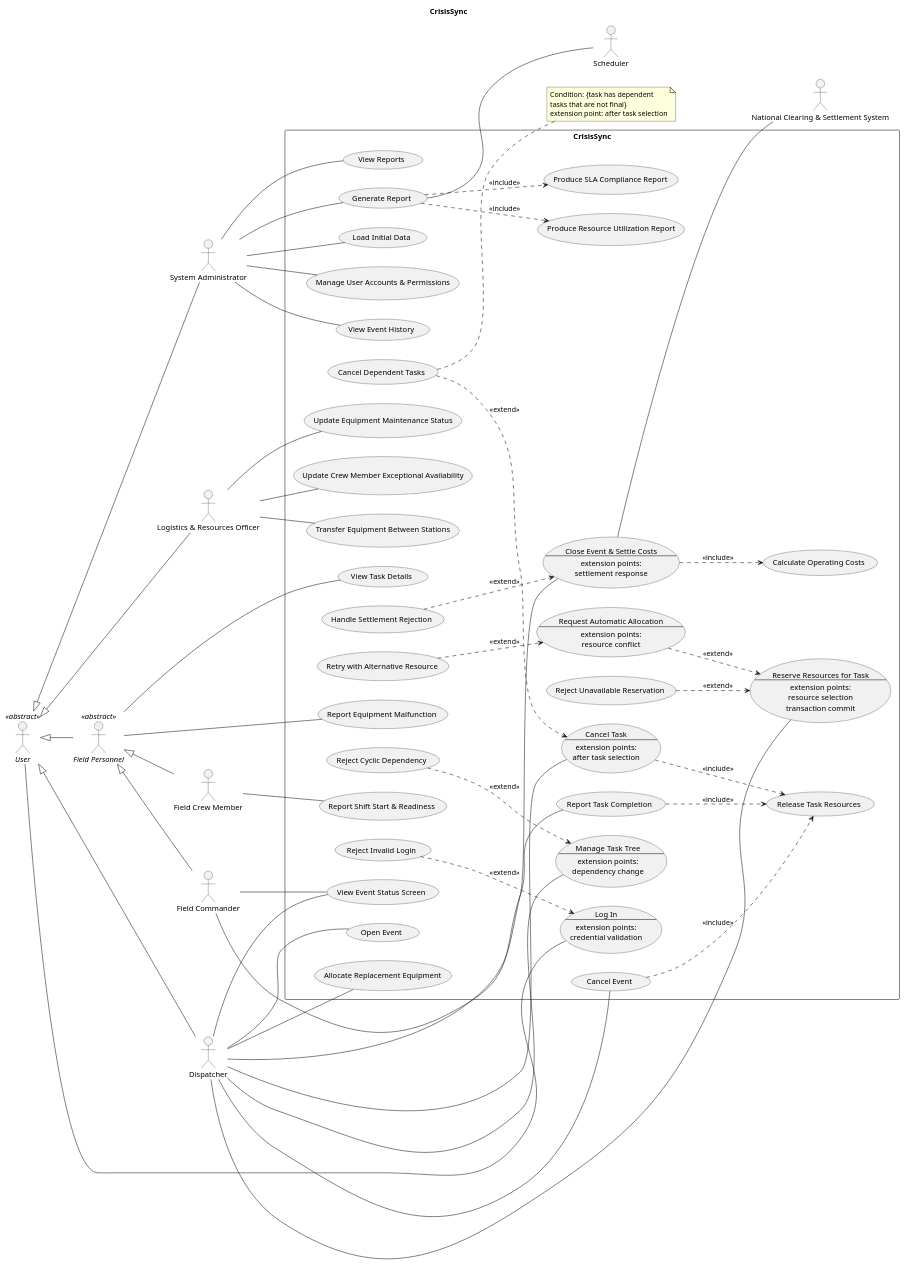
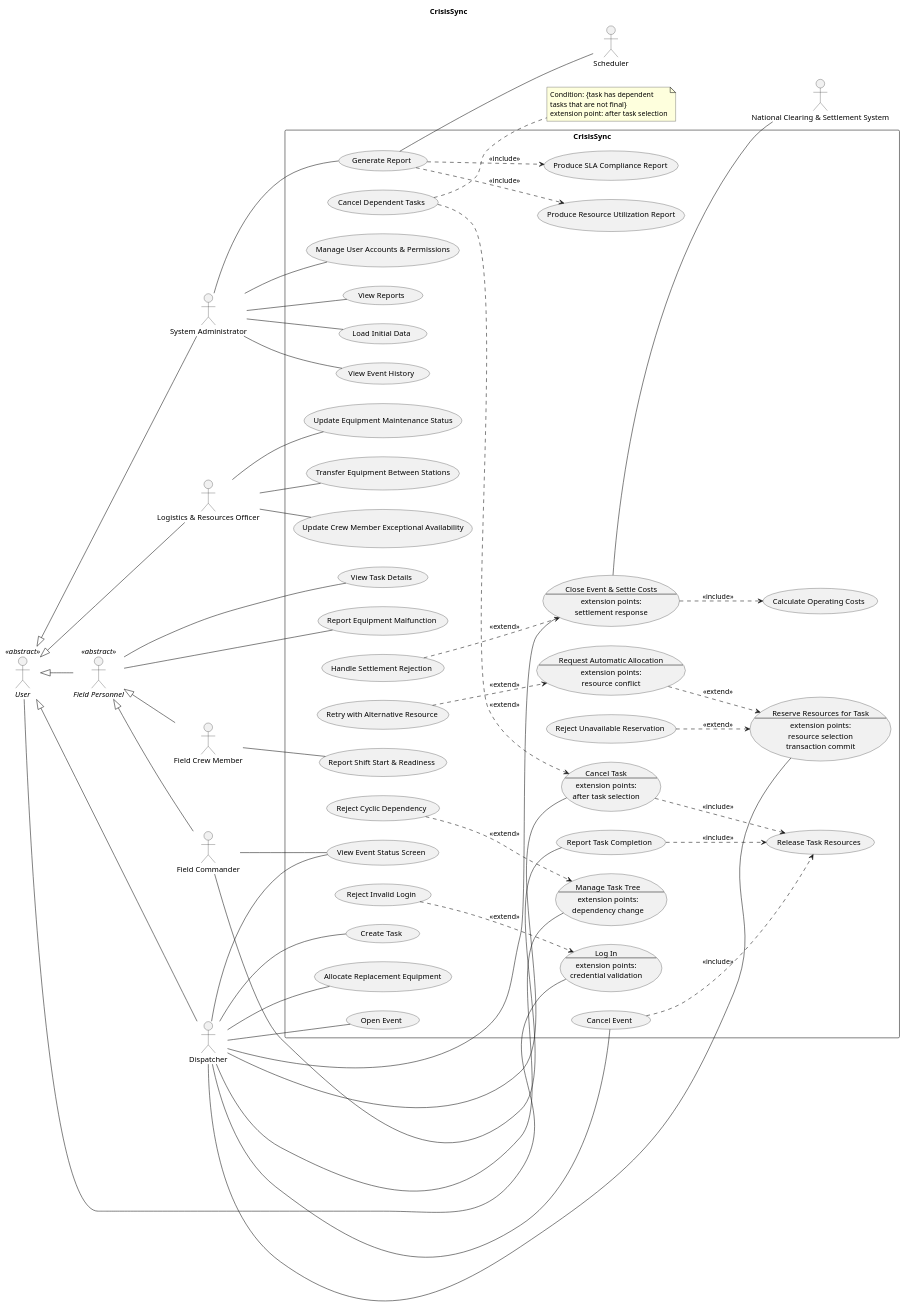
Before and after one commit to Zer0Hiro/CrysisSync: the diagram in UseCase/useCase.puml, drawn with PlantUML. The commit also changed 3 other files, not shown here.

Commit message:
Added colors to US diagram

```diff
--- a/UseCase/useCase.puml
+++ b/UseCase/useCase.puml
@@ -1,150 +1,152 @@
 @startuml
 'skinparam actorStyle awesome
 left to right direction
 title CrisisSync
 
 ' ===== Actors =====
 actor "//User//" as USER <<abstract>>
 actor "System Administrator" as SA
 actor "Logistics & Resources Officer" as LO
 actor "Dispatcher" as D
 actor "//Field Personnel//" as FP <<abstract>>
 actor "Field Commander" as FC
 actor "Field Crew Member" as FCM
 actor "National Clearing & Settlement System" as NCSS
 actor "Scheduler" as SCHED
 
 ' ===== Actor generalization (parent <|-- child: arrow still points to parent; parent is laid out to the left) =====
 USER <|-- SA
 USER <|-- LO
 USER <|-- D
 USER <|-- FP
 FP <|-- FC
 FP <|-- FCM
 
 ' ===== System boundary =====
 rectangle "CrisisSync" {
   usecase Login as "Log In
 --
 extension points:
 credential validation"
   usecase "Reject Invalid Login" as RejectLogin
 
   ' --- Administration ---
   usecase "Manage User Accounts & Permissions" as ManageUsers
   usecase "Load Initial Data" as LoadData
   usecase "View Event History" as EventHistory
   usecase "Generate Report" as GenerateReport
   usecase "Produce SLA Compliance Report" as SLAReport
   usecase "Produce Resource Utilization Report" as UtilizationReport
   usecase "View Reports" as ViewReports
 
   ' --- Resource Management ---
   usecase "Update Equipment Maintenance Status" as Maintenance
   usecase "Transfer Equipment Between Stations" as TransferEquipment
   usecase "Update Crew Member Exceptional Availability" as ExceptionalAvailability
 
   ' --- Event & Task Management ---
   usecase "Open Event" as OpenEvent
+  usecase "Create Task" as CreateTask
   usecase "Cancel Event" as CancelEvent
   usecase ManageTaskTree as "Manage Task Tree
 --
 extension points:
 dependency change"
   usecase "Reject Cyclic Dependency" as RejectCycle
   usecase ReserveResources as "Reserve Resources for Task
 --
 extension points:
 resource selection
 transaction commit"
   usecase AutoAllocation as "Request Automatic Allocation
 --
 extension points:
 resource conflict"
   usecase "Retry with Alternative Resource" as RetryAlternative
   usecase "Reject Unavailable Reservation" as RejectReservation
   usecase "Allocate Replacement Equipment" as ReplaceEquipment
   usecase CancelTask as "Cancel Task
 --
 extension points:
 after task selection"
   usecase "Cancel Dependent Tasks" as CancelDependents
   usecase "Release Task Resources" as ReleaseResources
   usecase "View Event Status Screen" as EventStatus
   usecase CloseEvent as "Close Event & Settle Costs
 --
 extension points:
 settlement response"
   usecase "Calculate Operating Costs" as CalculateCosts
   usecase "Handle Settlement Rejection" as SettlementRejection
 
   ' --- Field Operations ---
   usecase "Report Task Completion" as TaskCompletion
   usecase "View Task Details" as TaskDetails
   usecase "Report Equipment Malfunction" as EquipmentMalfunction
   usecase "Report Shift Start & Readiness" as ShiftReadiness
 }
 
 ' ===== Associations: primary actors (left) =====
 USER -- Login
 
 SA -- ManageUsers
 SA -- LoadData
 SA -- EventHistory
 SA -- GenerateReport
 SA -- ViewReports
 
 LO -- Maintenance
 LO -- TransferEquipment
 LO -- ExceptionalAvailability
 
 D -- OpenEvent
+D -- CreateTask
 D -- CancelEvent
 D -- ManageTaskTree
 D -- ReserveResources
 D -- ReplaceEquipment
 D -- CancelTask
 D -- EventStatus
 D -- CloseEvent
 
 FC -- EventStatus
 FC -- TaskCompletion
 FP -- TaskDetails
 FP -- EquipmentMalfunction
 FCM -- ShiftReadiness
 
 ' ===== Non-human actors (right): UC written first so the actor is placed right of the boundary =====
 CloseEvent -- NCSS
 GenerateReport -- SCHED
 
 ' ===== Include (base ..> included) =====
 CancelEvent ..> ReleaseResources : <<include>>
 CancelTask ..> ReleaseResources : <<include>>
 TaskCompletion ..> ReleaseResources : <<include>>
 GenerateReport ..> SLAReport : <<include>>
 GenerateReport ..> UtilizationReport : <<include>>
 CloseEvent ..> CalculateCosts : <<include>>
 
 ' ===== Extend (extension ..> base) =====
 RejectLogin ..> Login : <<extend>>
 RejectCycle ..> ManageTaskTree : <<extend>>
 AutoAllocation ..> ReserveResources : <<extend>>
 RetryAlternative ..> AutoAllocation : <<extend>>
 RejectReservation ..> ReserveResources : <<extend>>
 CancelDependents ..> CancelTask : <<extend>>
 SettlementRejection ..> CloseEvent : <<extend>>
 
 ' ===== Extend conditions (extension point: condition) =====
 ' Reject Invalid Login         -> credential validation: {username or password is wrong}
 ' Reject Cyclic Dependency     -> dependency change: {new dependency would create a cycle}
 ' Request Automatic Allocation -> resource selection: {Dispatcher chooses automatic allocation}
 ' Retry with Alt. Resource     -> resource conflict: {chosen resource taken concurrently; max 2 retries}
 ' Reject Unavailable Reserv.   -> transaction commit: {a requested resource is not available; rollback}
 ' Handle Settlement Rejection  -> settlement response: {external system rejects the settlement}
 note right of CancelDependents
   Condition: {task has dependent
   tasks that are not final}
   extension point: after task selection
 end note
 
 @enduml
```
